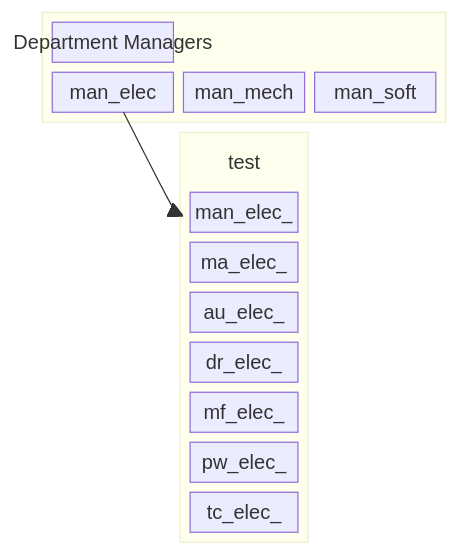
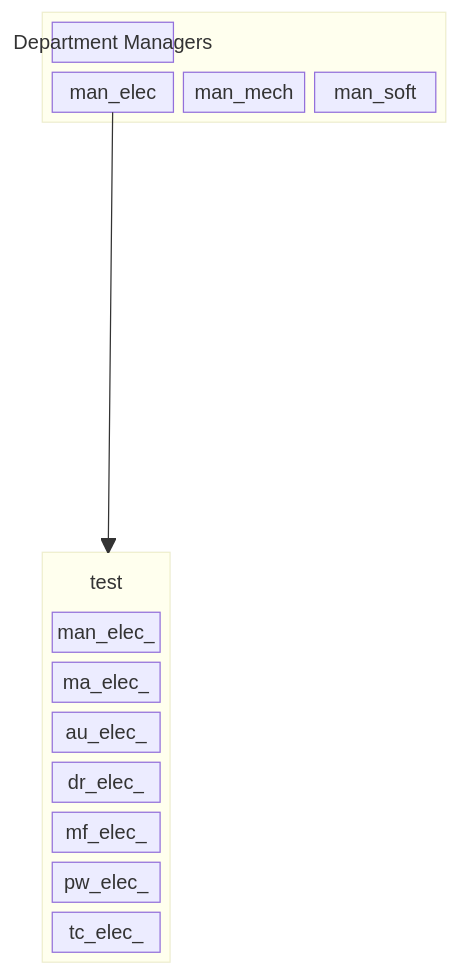
Before and after one commit to FooGiGo-Org/.github: the diagram in README.md, drawn with Mermaid.

Commit message:
Update space formatting in README.md

````diff
--- a/README.md
+++ b/README.md
@@ -1,27 +1,27 @@
 ```mermaid
 ---
 title: SCRB Matrix Organization
 ---
 block
     columns 3
     block:test:3
         columns 3
         man["Department Managers"]:3
         man_elec man_mech man_soft
     end
-    space
+    space:3
     block:meme:1
         columns 1
         uct("test")
         man_elec_
         ma_elec_
         au_elec_
         dr_elec_
         mf_elec_
         pw_elec_
         tc_elec_
     end
     man_elec --> meme
 class uct BT
 classDef BT stroke:transparent,fill:transparent
 ```
````
